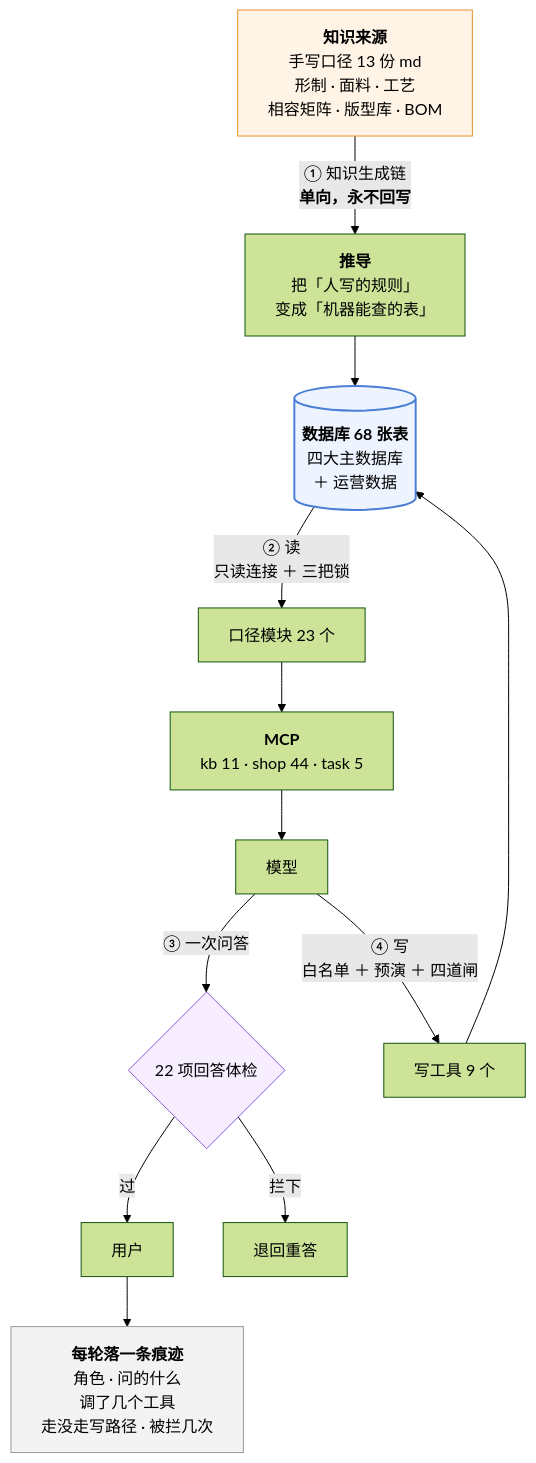
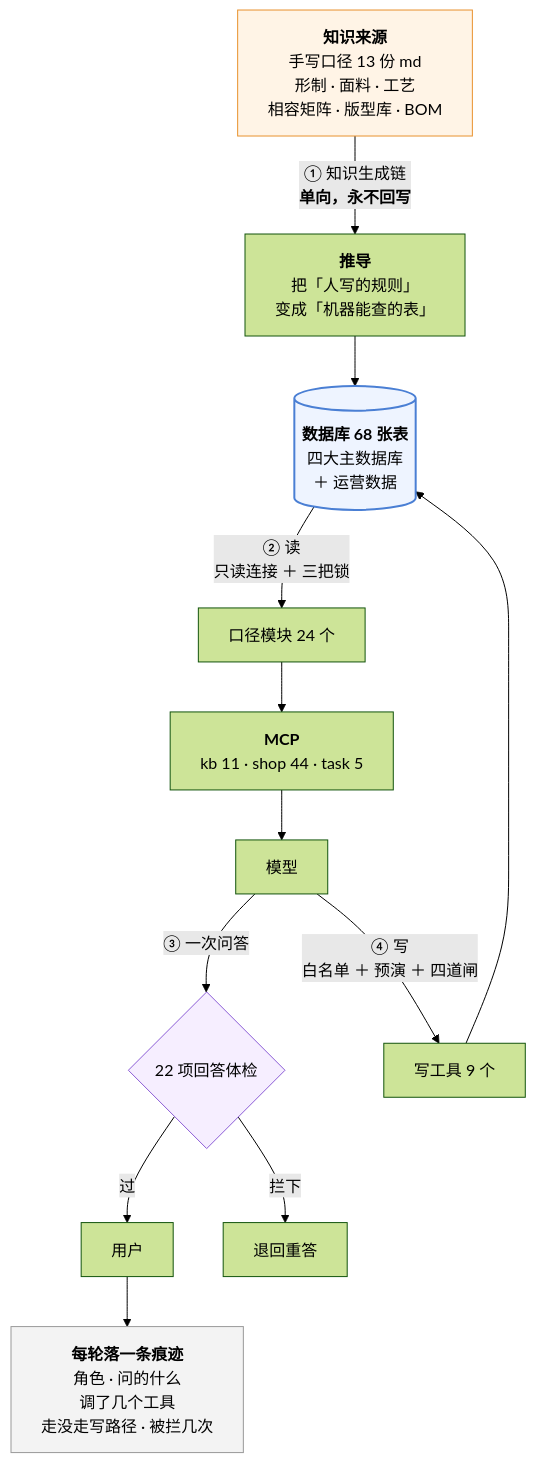
The third of 3 diagrams in 澜绣云裳agent-产品说明.md (843773296-rgb/lanxiu-yunshang-agent), drawn with Mermaid (forest theme) before and after one commit. The commit also changed other lines of this file and 11 other files, not shown here.

````diff
--- a/澜绣云裳agent-产品说明.md
+++ b/澜绣云裳agent-产品说明.md
@@ -760,24 +760,24 @@
 ```mermaid
 flowchart TD
     MD["<b>知识来源</b><br/>手写口径 13 份 md<br/>形制 · 面料 · 工艺<br/>相容矩阵 · 版型库 · BOM"]
     MD -->|"① 知识生成链<br/><b>单向，永不回写</b>"| DV["<b>推导</b><br/>把「人写的规则」<br/>变成「机器能查的表」"]
     DV --> DB[("<b>数据库 68 张表</b><br/>四大主数据库<br/>＋ 运营数据")]
 
-    DB -->|"② 读<br/>只读连接 ＋ 三把锁"| KJ["口径模块 23 个"]
+    DB -->|"② 读<br/>只读连接 ＋ 三把锁"| KJ["口径模块 24 个"]
     KJ --> MCP["<b>MCP</b><br/>kb 11 · shop 44 · task 5"]
     MCP --> LLM["模型"]
 
     LLM -->|"③ 一次问答"| GD{"22 项回答体检"}
     GD -- 过 --> U["用户"]
     GD -- 拦下 --> RE["退回重答"]
 
     LLM -->|"④ 写<br/>白名单 ＋ 预演 ＋ 四道闸"| W["写工具 9 个"]
     W --> DB
 
     U --> TR["<b>每轮落一条痕迹</b><br/>角色 · 问的什么<br/>调了几个工具<br/>走没走写路径 · 被拦几次"]
 
     style MD fill:#fff4e6,stroke:#e8912d
     style DB fill:#eef4ff,stroke:#4a7fd4,stroke-width:2px
     style GD fill:#f6eeff,stroke:#8b5cd6
     style TR fill:#f3f3f3,stroke:#999
 ```
````
